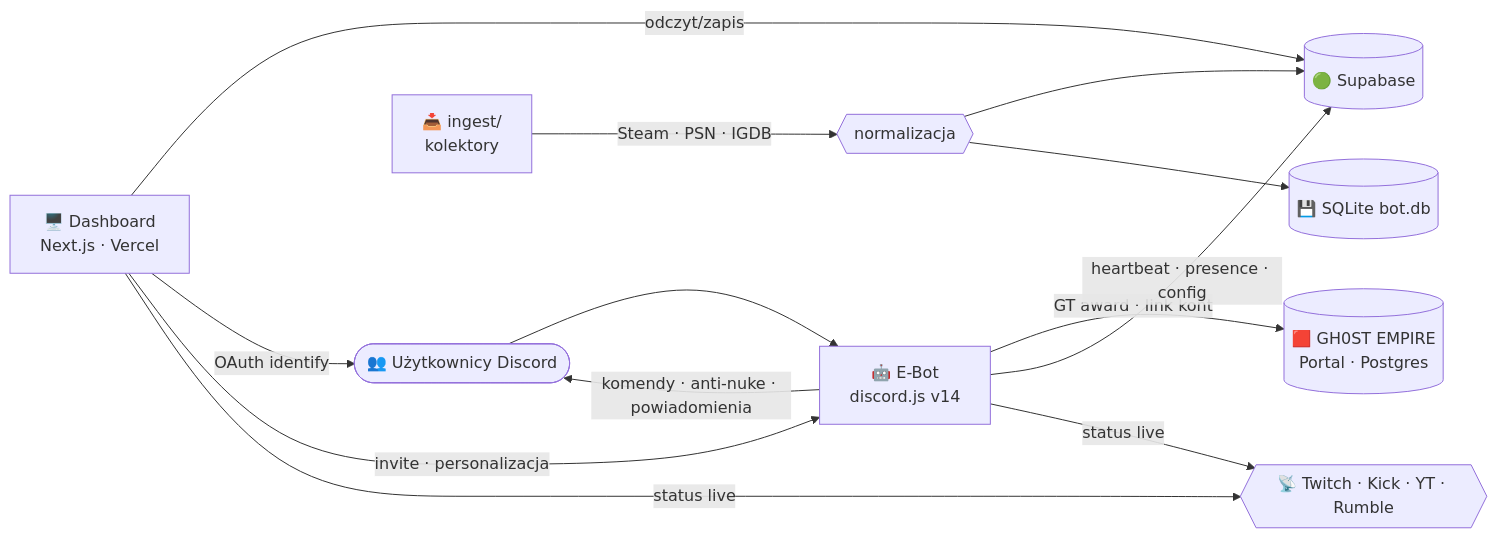
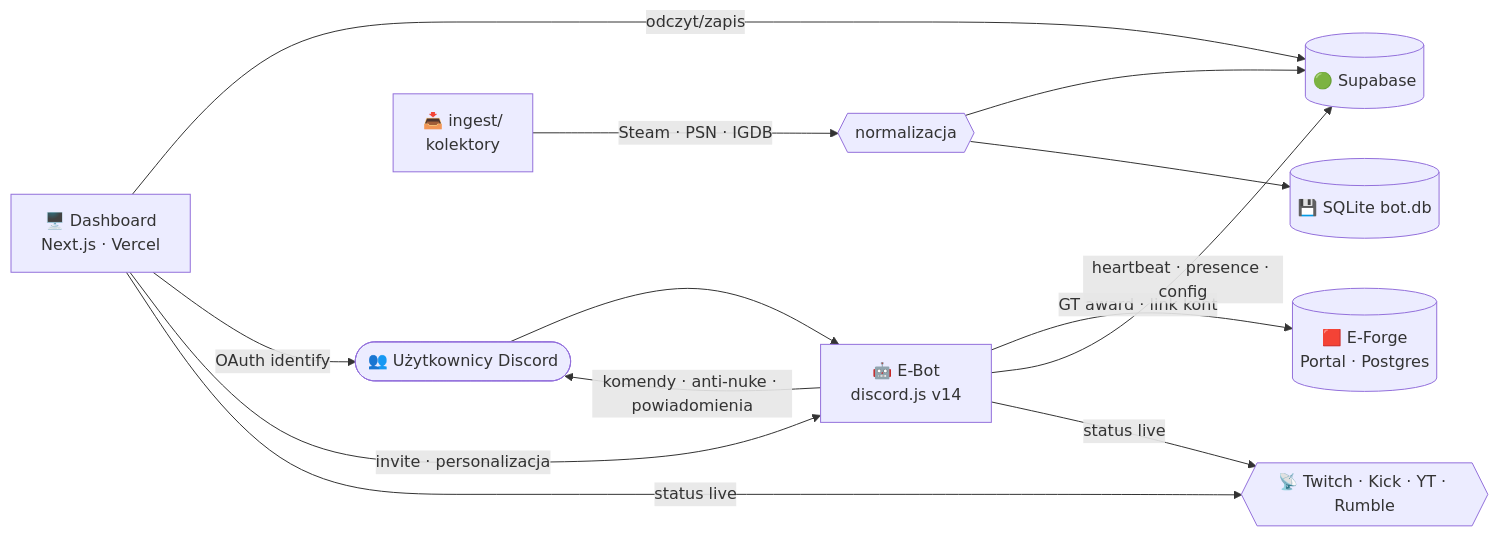
The first of 3 diagrams in README.md (Gh0s777tt/E-Bot), drawn with Mermaid before and after one commit. The commit also changed other lines of this file, not shown here.

First line of the commit message:
docs(brand): dokończenie rebrandingu „GH0ST EMPIRE" → „E-Forge" w README

````diff
--- a/README.md
+++ b/README.md
@@ -66,14 +66,14 @@
 ```mermaid
 flowchart LR
   U([👥 Użytkownicy Discord]) --> EB
   EB["🤖 E-Bot<br/>discord.js v14"] -->|komendy · anti-nuke · powiadomienia| U
-  EB -->|GT award · link kont| GE[("🟥 GH0ST EMPIRE<br/>Portal · Postgres")]
+  EB -->|GT award · link kont| GE[("🟥 E-Forge<br/>Portal · Postgres")]
   EB -->|heartbeat · presence · config| SB[("🟢 Supabase")]
   ING["📥 ingest/<br/>kolektory"] -->|Steam · PSN · IGDB| ING2{{normalizacja}}
   ING2 --> SB
   ING2 --> SQ[("💾 SQLite bot.db")]
   DASH["🖥️ Dashboard<br/>Next.js · Vercel"] -->|odczyt/zapis| SB
   DASH -->|OAuth identify| U
   DASH -->|invite · personalizacja| EB
   EB & DASH -->|status live| TW{{📡 Twitch · Kick · YT · Rumble}}
 ```
````
